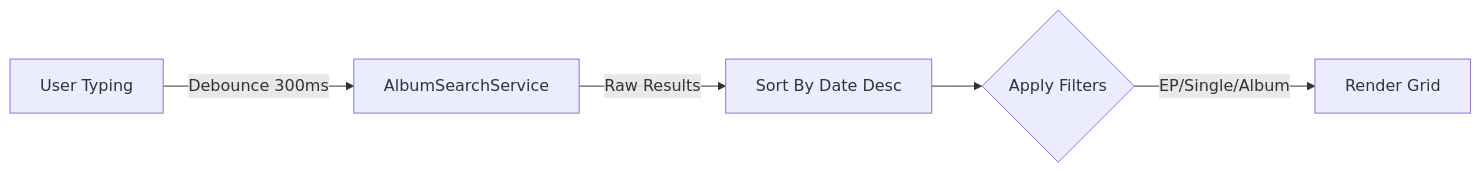
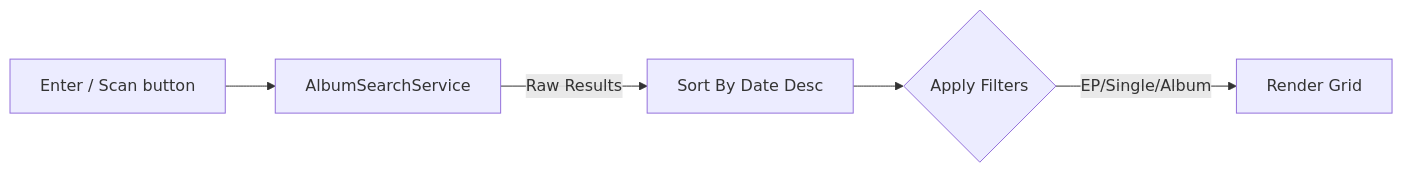
One commit to maujrp99/MJRP_AlbumsBalancedPlaylists_v0 changed the diagram in docs/manual/14_Frontend_Components_Feature_Map.md. Above: the diagram before and after it, drawn with Mermaid. The commit also changed other lines of this file and 22 other files, not shown here.

````diff
--- a/docs/manual/14_Frontend_Components_Feature_Map.md
+++ b/docs/manual/14_Frontend_Components_Feature_Map.md
@@ -10,7 +10,7 @@
     ```mermaid
     flowchart LR
-        Input[User Typing] -->|Debounce 300ms| Service[AlbumSearchService]
+        Input[Enter / Scan button] --> Service[AlbumSearchService]
         Service -->|Raw Results| Sort[Sort By Date Desc]
         Sort --> Filter{Apply Filters}
         Filter -->|EP/Single/Album| Final[Render Grid]
     ```
````
